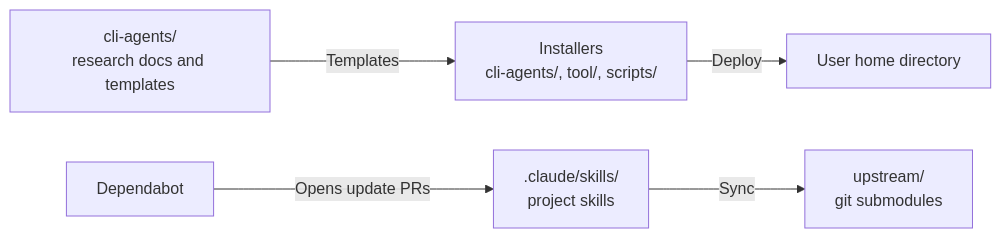
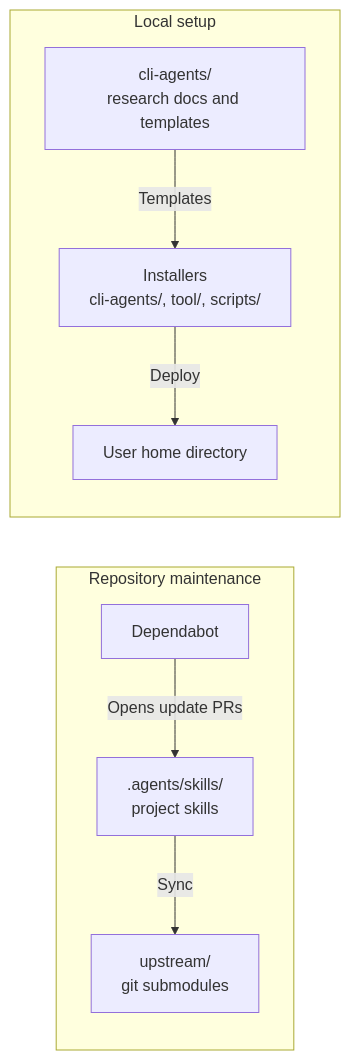
Before and after one commit to Aery9527/ai-research: the diagram in README.md, drawn with Mermaid. The commit also changed other lines of this file and 17 other files, not shown here.

Commit message:
fix(project-lore): 對齊共用文件與 skills 連結方向

````diff
--- a/README.md
+++ b/README.md
@@ -33,15 +51,19 @@
 ```mermaid
 flowchart LR
     accTitle: Repository layout
-    accDescr: Upstream submodules are synced by project skills; research docs and installers deploy settings to the user's machine.
-    Upstream["upstream/<br/>git submodules"]
-    Skills[".claude/skills/<br/>project skills"]
-    CliAgents["cli-agents/<br/>research docs and templates"]
-    Installers["Installers<br/>cli-agents/, tool/, scripts/"]
-    Home["User home directory"]
-    Dependabot["Dependabot"]
-    Dependabot -->|Opens update PRs| Skills
-    Skills -->|Sync| Upstream
-    CliAgents -->|Templates| Installers
-    Installers -->|Deploy| Home
+    accDescr: Dependabot opens update PRs handled by project skills; installers deploy CLI settings to the user's machine.
+    subgraph Maintenance["Repository maintenance"]
+        Dependabot["Dependabot"]
+        Skills[".agents/skills/<br/>project skills"]
+        Upstream["upstream/<br/>git submodules"]
+        Dependabot -->|Opens update PRs| Skills
+        Skills -->|Sync| Upstream
+    end
+    subgraph Deployment["Local setup"]
+        CliAgents["cli-agents/<br/>research docs and templates"]
+        Installers["Installers<br/>cli-agents/, tool/, scripts/"]
+        UserHome["User home directory"]
+        CliAgents -->|Templates| Installers
+        Installers -->|Deploy| UserHome
+    end
 ```
````
